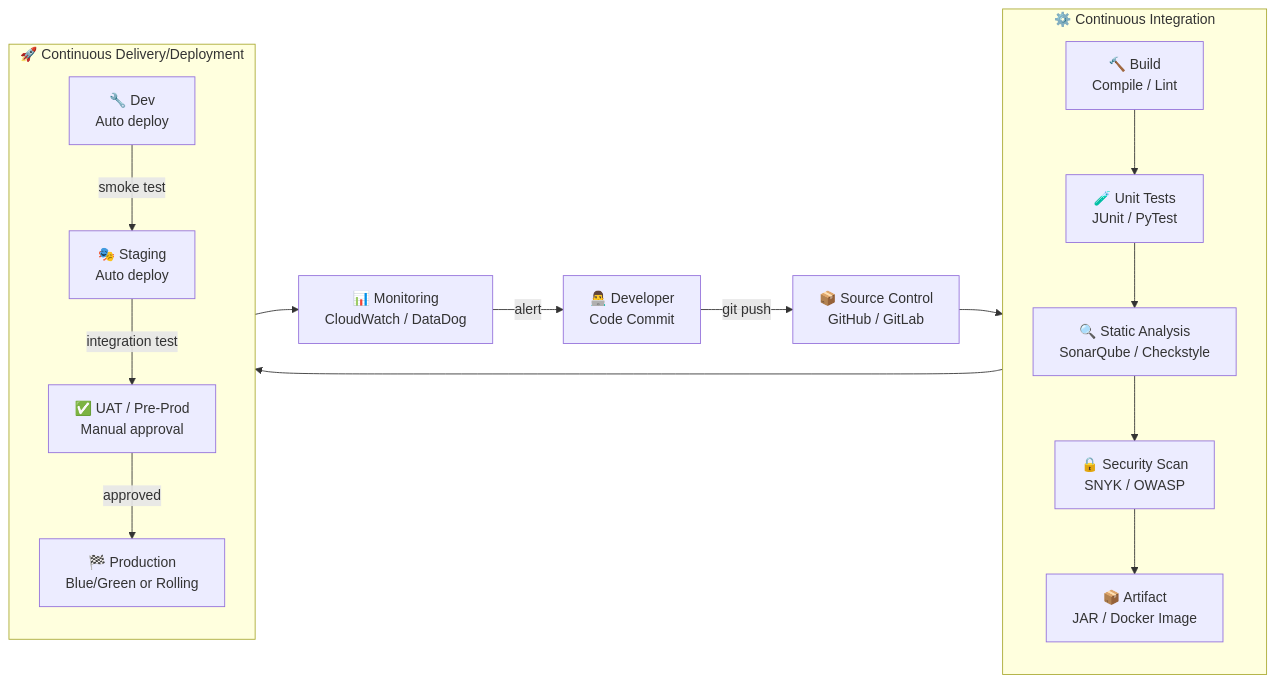
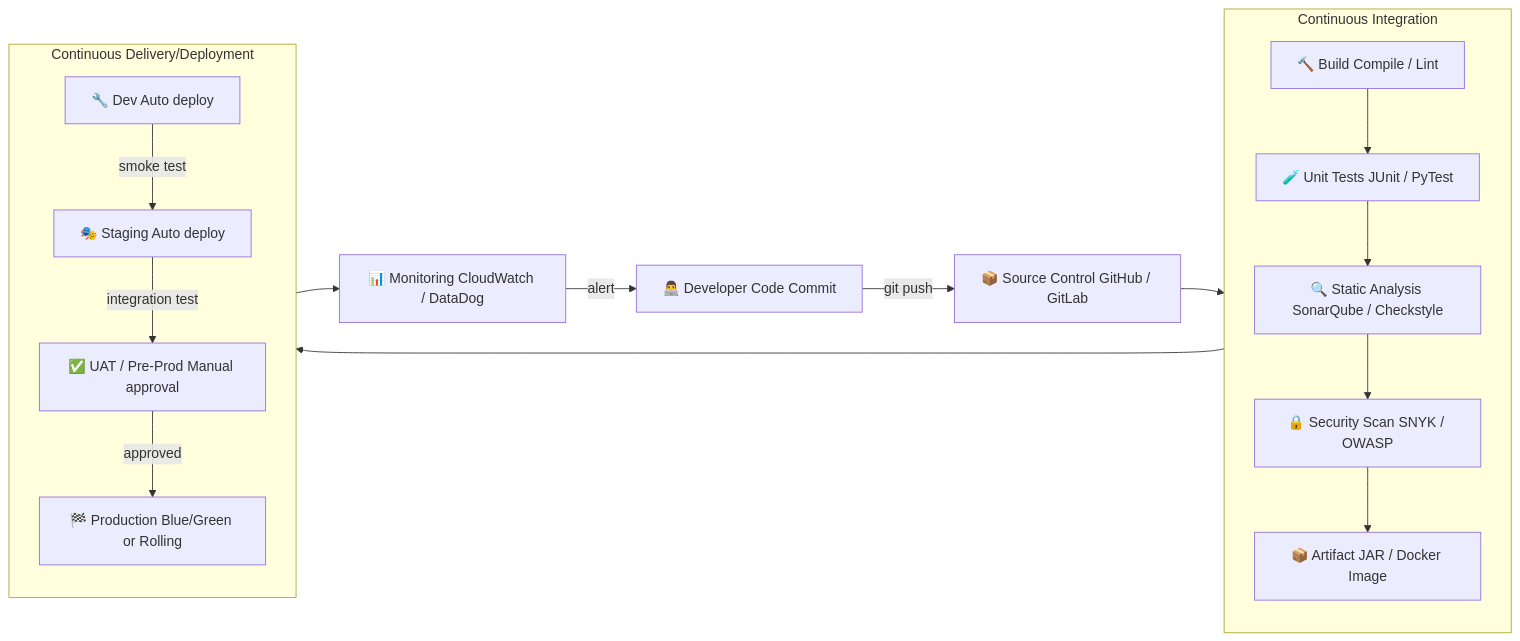
One commit to naveenkumar1661997/notes changed the first of 2 diagrams in cicd.md. Above: the diagram before and after it, drawn with Mermaid. The commit also changed other lines of this file and 12 other files, not shown here.

```diff
--- a/cicd.md
+++ b/cicd.md
@@ -56,28 +56,28 @@
 <pre class="mermaid">
 flowchart LR
-    DEV["👨‍💻 Developer\nCode Commit"] -->|git push| SCM["📦 Source Control\nGitHub / GitLab"]
+    DEV["👨‍💻 Developer Code Commit"] -->|git push| SCM["📦 Source Control GitHub / GitLab"]
 
     SCM --> CI
 
-    subgraph CI["⚙️ Continuous Integration"]
+    subgraph CI["Continuous Integration"]
         direction TB
-        B["🔨 Build\nCompile / Lint"]
-        B --> UT["🧪 Unit Tests\nJUnit / PyTest"]
-        UT --> SA["🔍 Static Analysis\nSonarQube / Checkstyle"]
-        SA --> SEC["🔒 Security Scan\nSNYK / OWASP"]
-        SEC --> ART["📦 Artifact\nJAR / Docker Image"]
+        B["🔨 Build Compile / Lint"]
+        B --> UT["🧪 Unit Tests JUnit / PyTest"]
+        UT --> SA["🔍 Static Analysis SonarQube / Checkstyle"]
+        SA --> SEC["🔒 Security Scan SNYK / OWASP"]
+        SEC --> ART["📦 Artifact JAR / Docker Image"]
     end
 
     ART --> CD
 
-    subgraph CD["🚀 Continuous Delivery/Deployment"]
+    subgraph CD["Continuous Delivery/Deployment"]
         direction TB
-        DEV2["🔧 Dev\nAuto deploy"]
-        DEV2 -->|smoke test| STG["🎭 Staging\nAuto deploy"]
-        STG -->|integration test| UAT["✅ UAT / Pre-Prod\nManual approval"]
-        UAT -->|approved| PROD["🏁 Production\nBlue/Green or Rolling"]
+        DEV2["🔧 Dev Auto deploy"]
+        DEV2 -->|smoke test| STG["🎭 Staging Auto deploy"]
+        STG -->|integration test| UAT["✅ UAT / Pre-Prod Manual approval"]
+        UAT -->|approved| PROD["🏁 Production Blue/Green or Rolling"]
     end
 
-    PROD --> MON["📊 Monitoring\nCloudWatch / DataDog"]
+    PROD --> MON["📊 Monitoring CloudWatch / DataDog"]
     MON -->|alert| DEV
 </pre>
```
